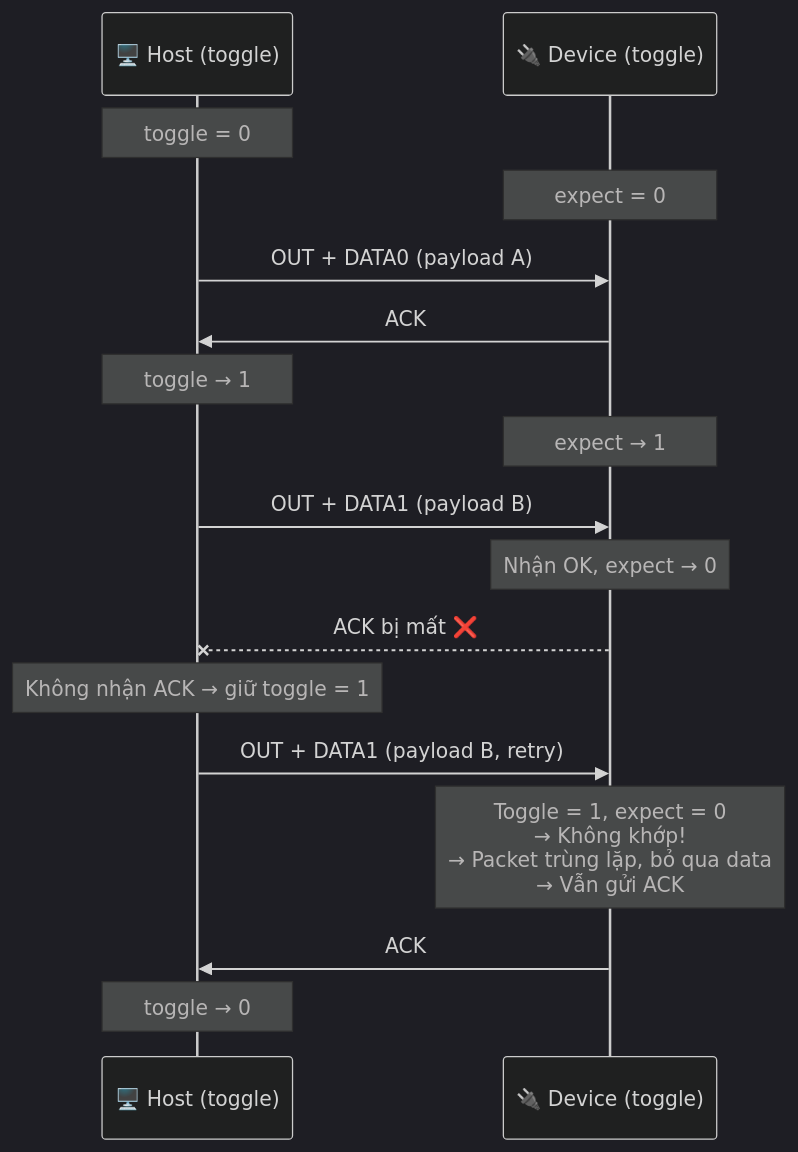
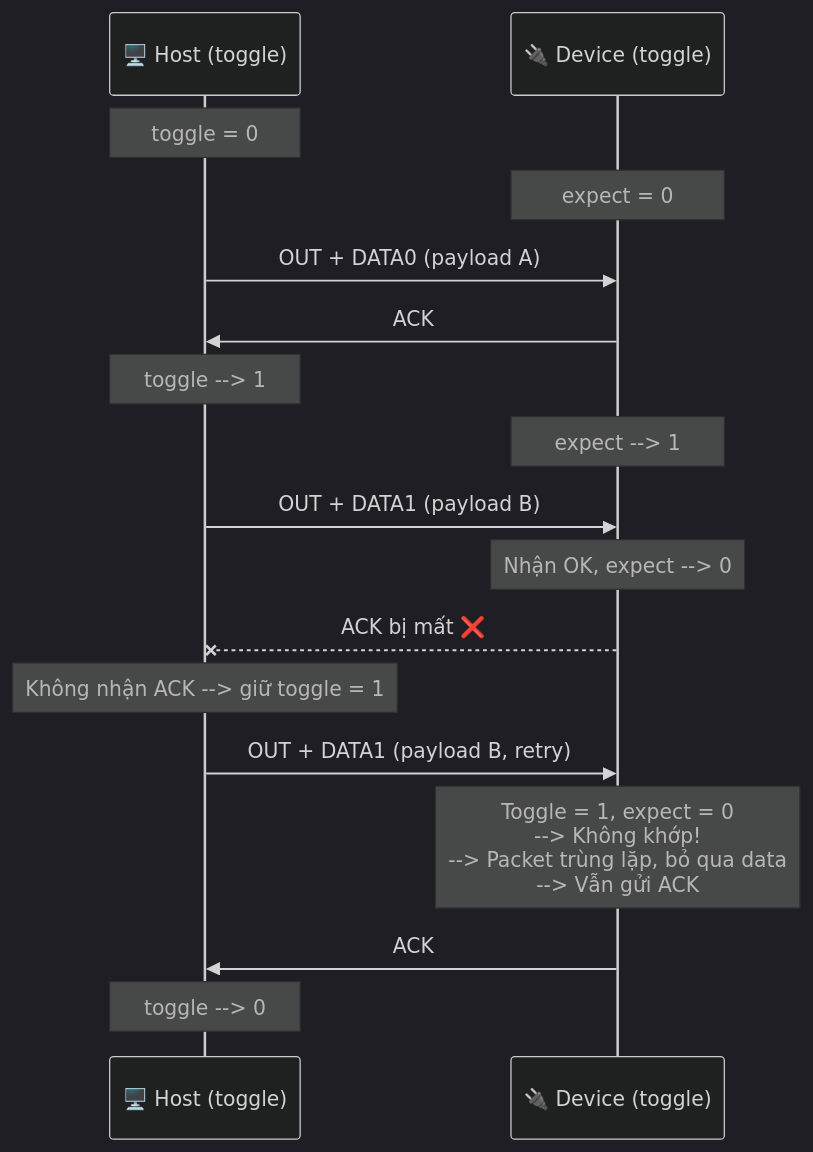
The fifth of 9 diagrams in Embedded/6. USB/6. usb protocol/README.md (Leminuos/tutorials), drawn with Mermaid (dark theme) before and after one commit. The commit also changed other lines of this file and 5 other files, not shown here.

````diff
--- a/Embedded/6. USB/6. usb protocol/README.md
+++ b/Embedded/6. USB/6. usb protocol/README.md
@@ -231,23 +231,23 @@
 ```mermaid
 sequenceDiagram
     participant H as 🖥️ Host (toggle)
     participant D as 🔌 Device (toggle)
 
     Note over H: toggle = 0
     Note over D: expect = 0
 
     H->>D: OUT + DATA0 (payload A)
     D->>H: ACK
-    Note over H: toggle → 1
-    Note over D: expect → 1
+    Note over H: toggle --> 1
+    Note over D: expect --> 1
 
     H->>D: OUT + DATA1 (payload B)
-    Note over D: Nhận OK, expect → 0
+    Note over D: Nhận OK, expect --> 0
     D--xH: ACK bị mất ❌
-    Note over H: Không nhận ACK → giữ toggle = 1
+    Note over H: Không nhận ACK --> giữ toggle = 1
 
     H->>D: OUT + DATA1 (payload B, retry)
-    Note over D: Toggle = 1, expect = 0<br/>→ Không khớp!<br/>→ Packet trùng lặp, bỏ qua data<br/>→ Vẫn gửi ACK
+    Note over D: Toggle = 1, expect = 0<br/>--> Không khớp!<br/>--> Packet trùng lặp, bỏ qua data<br/>--> Vẫn gửi ACK
     D->>H: ACK
-    Note over H: toggle → 0
+    Note over H: toggle --> 0
 ```
````
